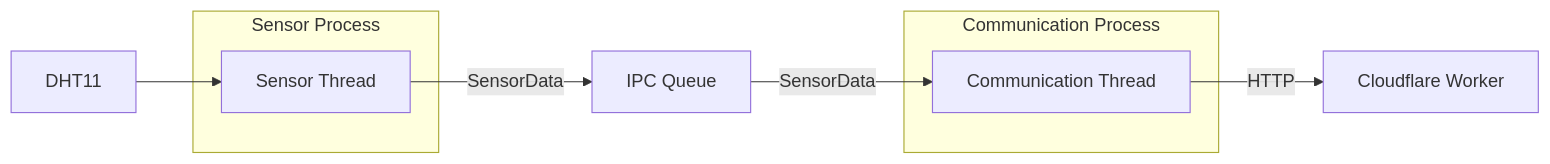
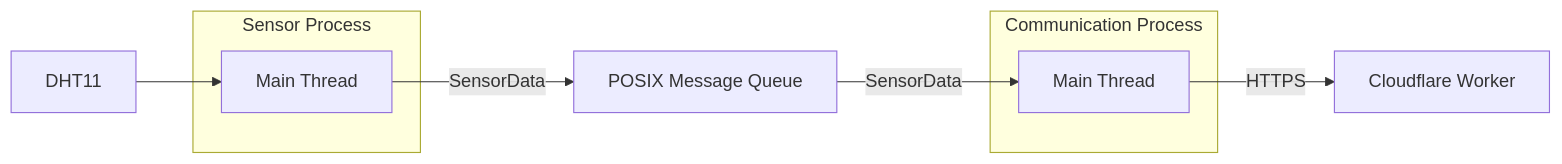
The second of 15 diagrams in docs/04_data_ipc_communication.md (yujimasuda77777/Raspberry_Pi_4B_Edge_IoT_System), drawn with Mermaid before and after one commit. The commit also changed other lines of this file and 1 other file, not shown here.

````diff
--- a/docs/04_data_ipc_communication.md
+++ b/docs/04_data_ipc_communication.md
@@ -123,21 +132,21 @@
 ```mermaid
 flowchart LR
     Sensor["DHT11"]
 
     subgraph SensorProcess["Sensor Process"]
-        SensorThread["Sensor Thread"]
+        SensorMain["Main Thread"]
     end
 
-    IPC["IPC Queue"]
+    IPC["POSIX Message Queue"]
 
     subgraph CommProcess["Communication Process"]
-        CommThread["Communication Thread"]
+        CommMain["Main Thread"]
     end
 
     Worker["Cloudflare Worker"]
 
-    Sensor --> SensorThread
-    SensorThread -->|SensorData| IPC
-    IPC -->|SensorData| CommThread
-    CommThread -->|HTTP| Worker
+    Sensor --> SensorMain
+    SensorMain -->|SensorData| IPC
+    IPC -->|SensorData| CommMain
+    CommMain -->|HTTPS| Worker
 ```
````
